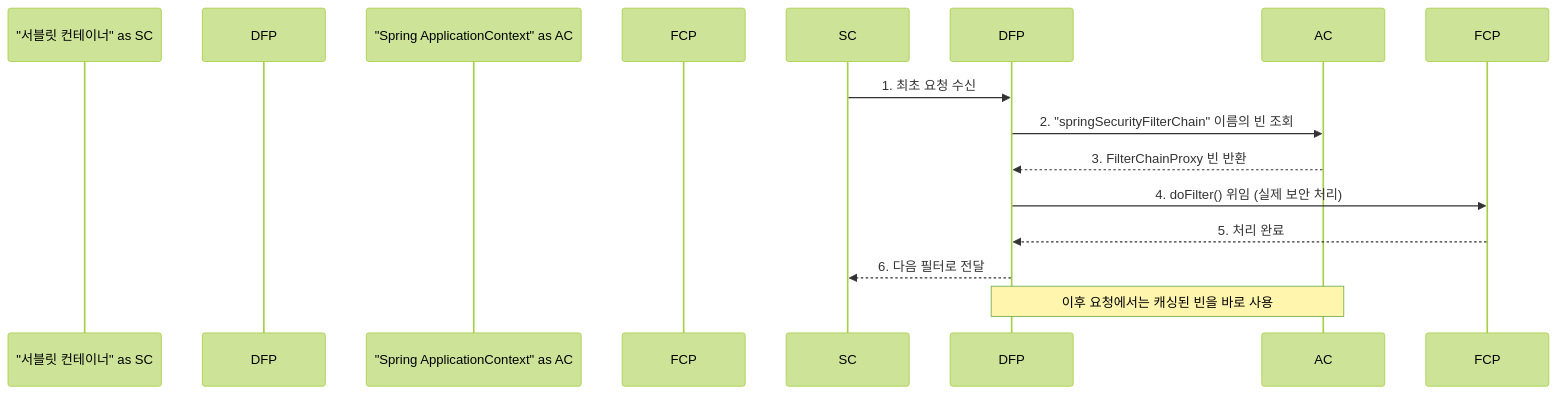
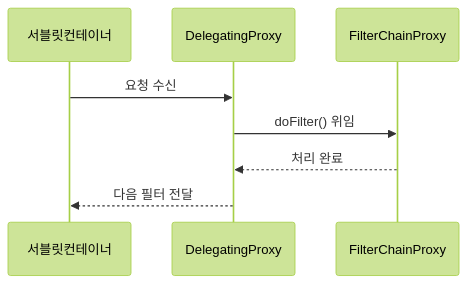
The second of 3 diagrams in _posts/security/2021-05-19-DelegatingFilterProxy.md (yjkim2015/yjkim2015.github.io), drawn with Mermaid (forest theme) before and after one commit. The commit also changed 155 other files, not shown here.

First line of the commit message:
Mermaid 전면 수정: subgraph 제거, participant/노드/줄수 축소 (342블록)

````diff
--- a/_posts/security/2021-05-19-DelegatingFilterProxy.md
+++ b/_posts/security/2021-05-19-DelegatingFilterProxy.md
@@ -41,14 +41,10 @@
 ```mermaid
 sequenceDiagram
-    participant "서블릿 컨테이너" as SC
-    participant "DelegatingFilterProxy" as DFP
-    participant "Spring ApplicationContext" as AC
-    participant "FilterChainProxy" as FCP
-    SC->>DFP: 1. 최초 요청 수신
-    DFP->>AC: 2. "springSecurityFilterChain" 이름의 빈 조회
-    AC-->>DFP: 3. FilterChainProxy 빈 반환
-    DFP->>FCP: 4. doFilter() 위임 (실제 보안 처리)
-    FCP-->>DFP: 5. 처리 완료
-    DFP-->>SC: 6. 다음 필터로 전달
-    note over DFP,AC: 이후 요청에서는 캐싱된 빈을 바로 사용
+    participant SC as 서블릿컨테이너
+    participant DFP as DelegatingProxy
+    participant FCP as FilterChainProxy
+    SC->>DFP: 요청 수신
+    DFP->>FCP: doFilter() 위임
+    FCP-->>DFP: 처리 완료
+    DFP-->>SC: 다음 필터 전달
 ```
````
